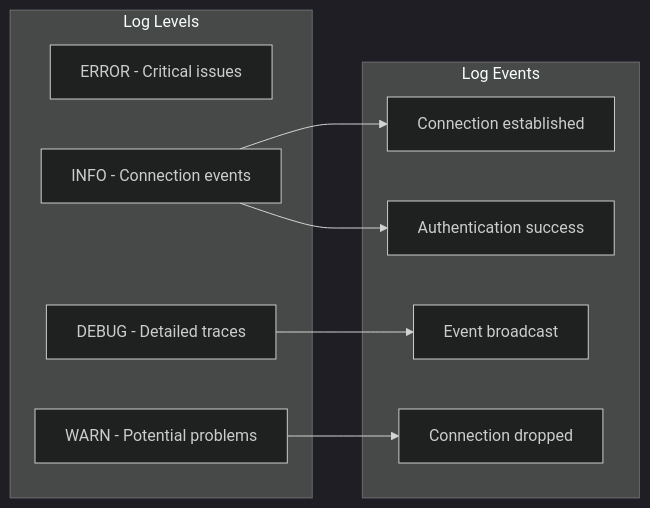
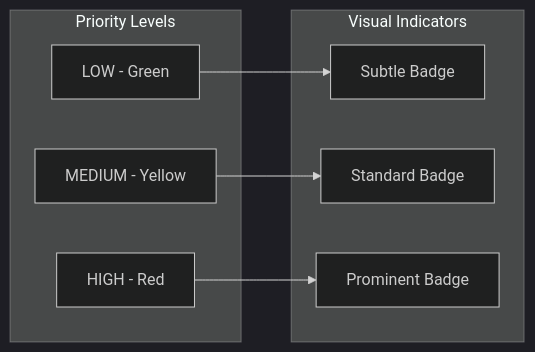
One commit to anshsharmacse/taskflow-socket changed the tenth of 39 diagrams in README.md. Above: the diagram before and after it, drawn with Mermaid (dark theme). The commit also changed other lines of this file, not shown here.

````diff
--- a/README.md
+++ b/README.md
@@ -412,21 +459,18 @@
 ```mermaid
 flowchart LR
-    subgraph "Log Levels"
-        L1[ERROR - Critical issues]
-        L2[WARN - Potential problems]
-        L3[INFO - Connection events]
-        L4[DEBUG - Detailed traces]
+    subgraph Priority Levels
+        L[LOW - Green]
+        M[MEDIUM - Yellow]
+        H[HIGH - Red]
     end
     
-    subgraph "Log Events"
-        E1[Connection established]
-        E2[Authentication success]
-        E3[Event broadcast]
-        E4[Connection dropped]
+    subgraph Visual Indicators
+        V1[Subtle Badge]
+        V2[Standard Badge]
+        V3[Prominent Badge]
     end
     
-    L3 --> E1
-    L3 --> E2
-    L4 --> E3
-    L2 --> E4
+    L --> V1
+    M --> V2
+    H --> V3
 ```
````
